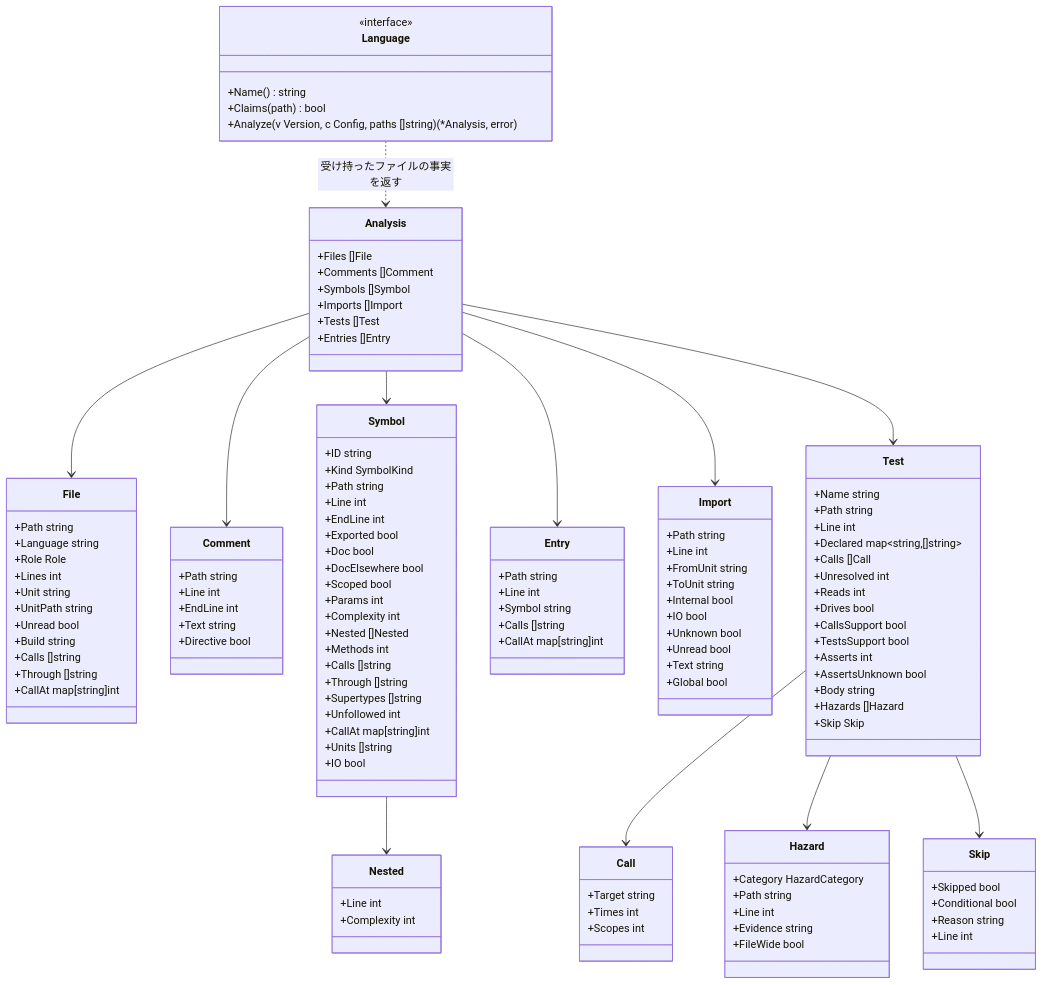
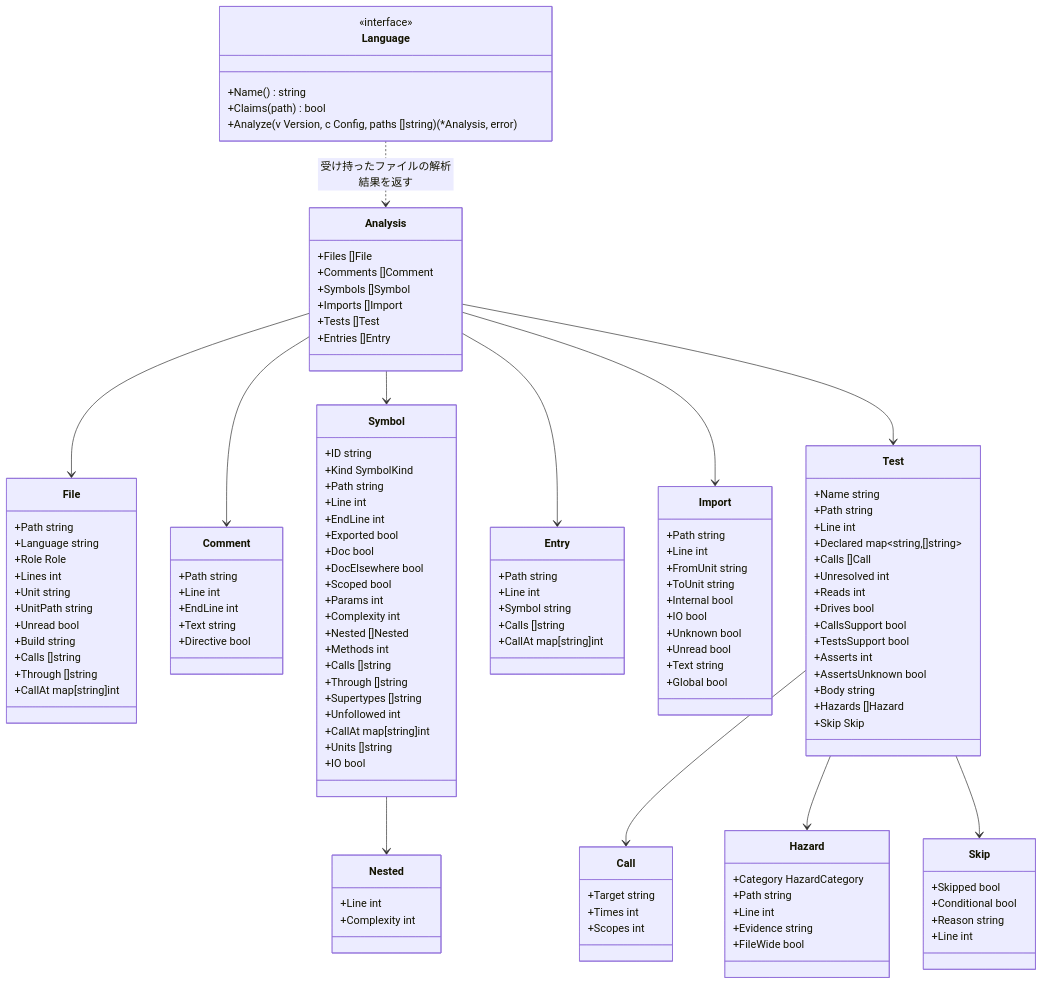
One commit to rerorets/hadome changed the diagram in docs/design/adapters.ja.md. Above: the diagram before and after it, drawn with Mermaid. The commit also changed other lines of this file and 37 other files, not shown here.

````diff
--- a/docs/design/adapters.ja.md
+++ b/docs/design/adapters.ja.md
@@ -146,5 +146,5 @@
   Test --> Call
   Test --> Hazard
   Test --> Skip
-  Language ..> Analysis : 受け持ったファイルの事実を返す
+  Language ..> Analysis : 受け持ったファイルの解析結果を返す
 ```
````
